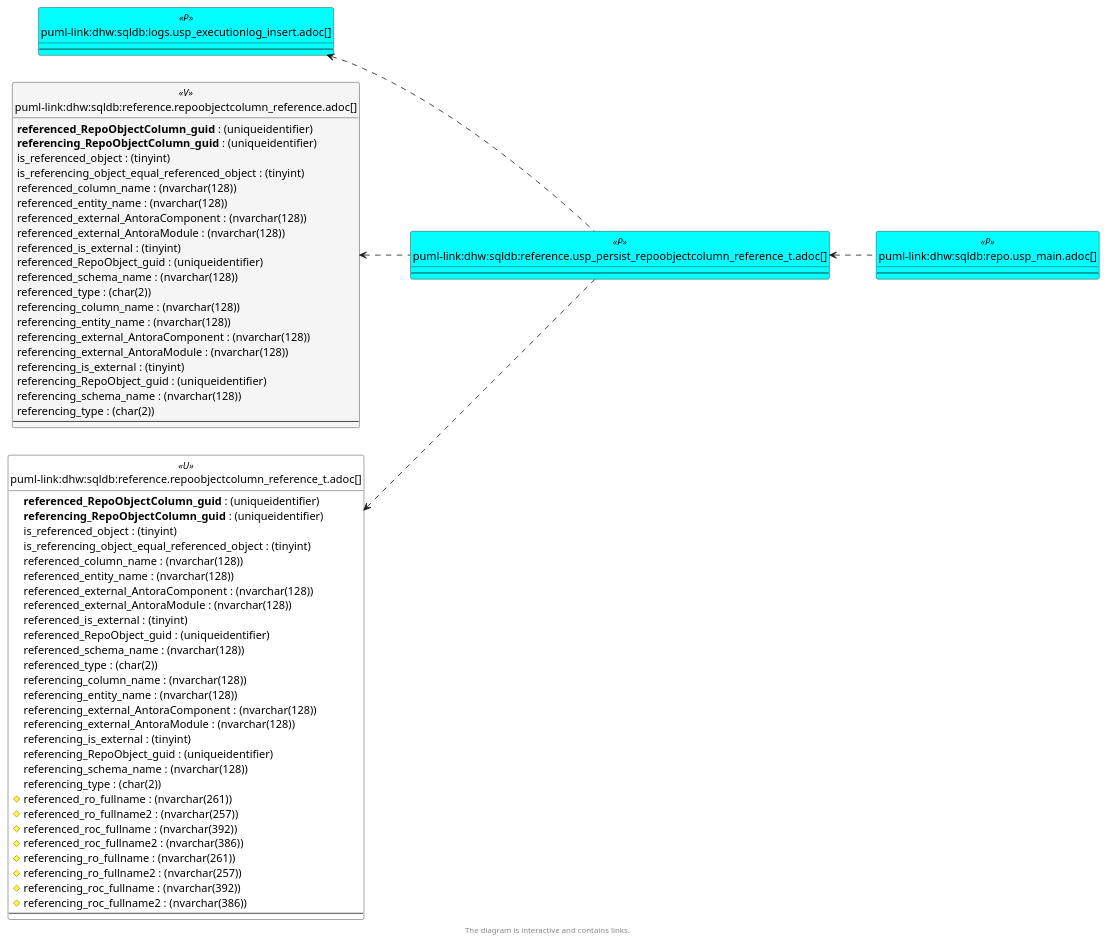
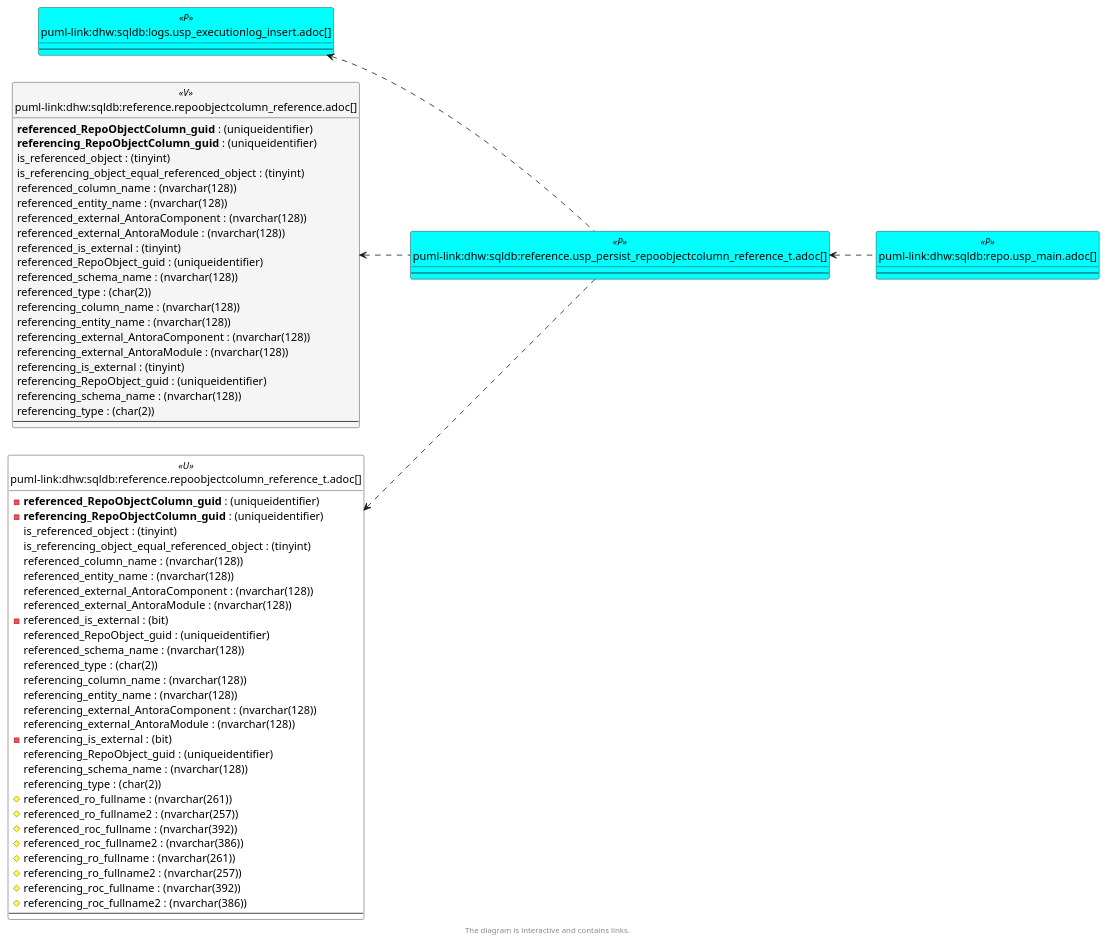
The sixth of 6 diagrams in docs/modules/sqldb/partials/content/reference.usp_persist_repoobjectcolumn_reference_t.adoc (DataHandwerk/dhw-antora-sqldb), drawn with PlantUML before and after one commit. The commit also changed other lines of this file and 641 other files, not shown here.

```diff
--- a/docs/modules/sqldb/partials/content/reference.usp_persist_repoobjectcolumn_reference_t.adoc
+++ b/docs/modules/sqldb/partials/content/reference.usp_persist_repoobjectcolumn_reference_t.adoc
@@ -1765,15 +1765,15 @@
 }
 
 entity "puml-link:dhw:sqldb:reference.repoobjectcolumn_reference_t.adoc[]" as reference.RepoObjectColumn_reference_T << U >> {
-  **referenced_RepoObjectColumn_guid** : (uniqueidentifier)
-  **referencing_RepoObjectColumn_guid** : (uniqueidentifier)
+  - **referenced_RepoObjectColumn_guid** : (uniqueidentifier)
+  - **referencing_RepoObjectColumn_guid** : (uniqueidentifier)
   is_referenced_object : (tinyint)
   is_referencing_object_equal_referenced_object : (tinyint)
   referenced_column_name : (nvarchar(128))
   referenced_entity_name : (nvarchar(128))
   referenced_external_AntoraComponent : (nvarchar(128))
   referenced_external_AntoraModule : (nvarchar(128))
-  referenced_is_external : (tinyint)
+  - referenced_is_external : (bit)
   referenced_RepoObject_guid : (uniqueidentifier)
   referenced_schema_name : (nvarchar(128))
   referenced_type : (char(2))
@@ -1781,7 +1781,7 @@
   referencing_entity_name : (nvarchar(128))
   referencing_external_AntoraComponent : (nvarchar(128))
   referencing_external_AntoraModule : (nvarchar(128))
-  referencing_is_external : (tinyint)
+  - referencing_is_external : (bit)
   referencing_RepoObject_guid : (uniqueidentifier)
   referencing_schema_name : (nvarchar(128))
   referencing_type : (char(2))
```
